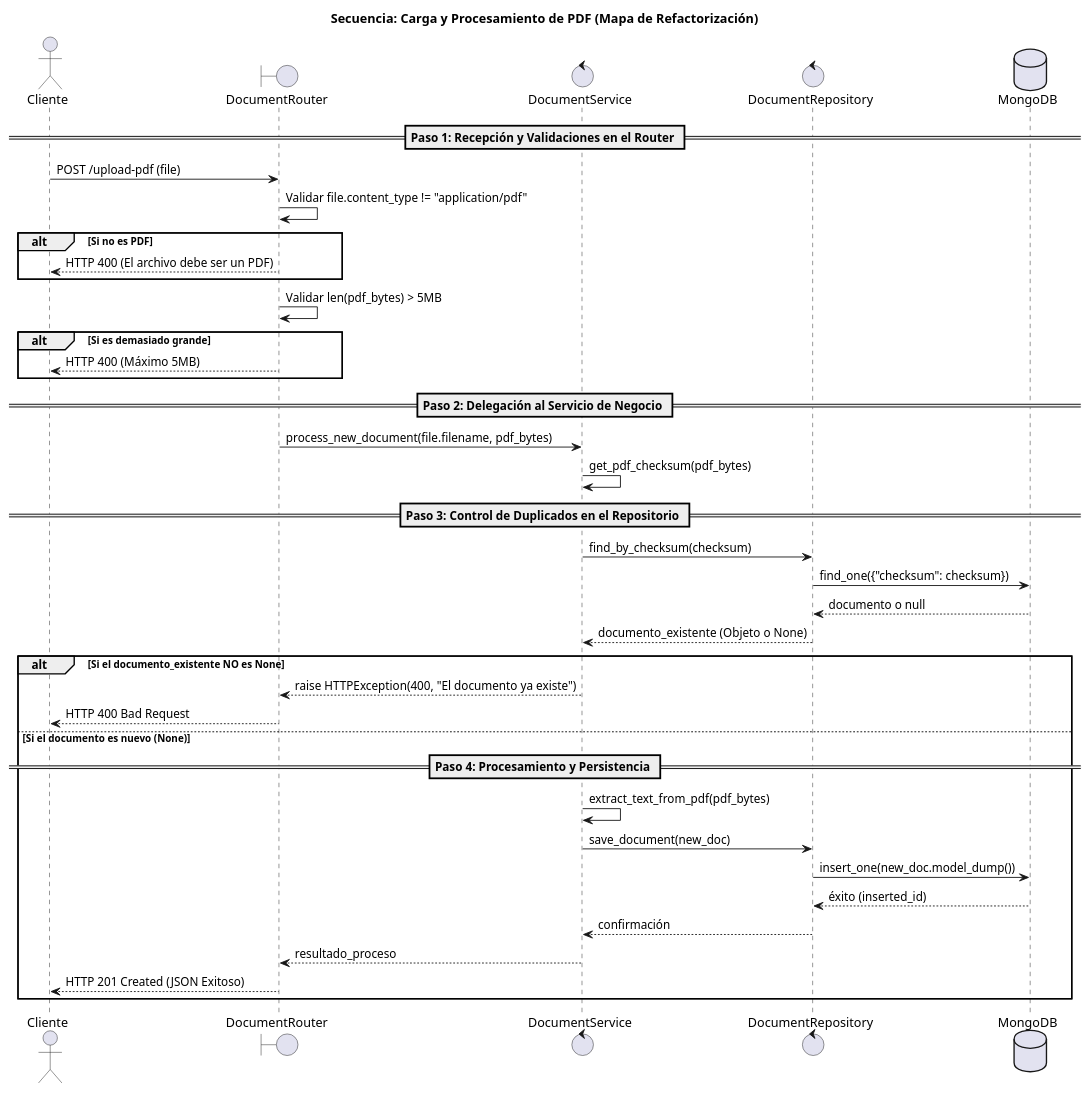
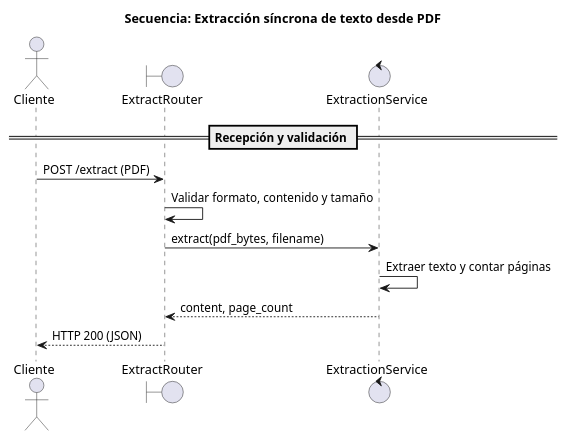
Before and after one commit to MauriValdes/pdfextractext: the diagram in docs/procesamiento_pdf.puml, drawn with PlantUML. The commit also changed 8 other files, not shown here.

```diff
--- a/docs/procesamiento_pdf.puml
+++ b/docs/procesamiento_pdf.puml
@@ -1,46 +1,15 @@
 @startuml
-title Secuencia: Carga y Procesamiento de PDF (Mapa de Refactorización)
+title Secuencia: Extracción síncrona de texto desde PDF
 
 actor Cliente
-boundary DocumentRouter as Router
-control DocumentService as Service
-control DocumentRepository as Repo
-database MongoDB as DB
+boundary ExtractRouter as Router
+control ExtractionService as Service
 
-== Paso 1: Recepción y Validaciones en el Router ==
-Cliente -> Router: POST /upload-pdf (file)
-Router -> Router: Validar file.content_type != "application/pdf"
-alt Si no es PDF
-    Router --> Cliente: HTTP 400 (El archivo debe ser un PDF)
-end
-
-Router -> Router: Validar len(pdf_bytes) > 5MB
-alt Si es demasiado grande
-    Router --> Cliente: HTTP 400 (Máximo 5MB)
-end
-
-== Paso 2: Delegación al Servicio de Negocio ==
-Router -> Service: process_new_document(file.filename, pdf_bytes)
-
-Service -> Service: get_pdf_checksum(pdf_bytes)
-
-== Paso 3: Control de Duplicados en el Repositorio ==
-Service -> Repo: find_by_checksum(checksum)
-Repo -> DB: find_one({"checksum": checksum})
-DB --> Repo: documento o null
-Repo --> Service: documento_existente (Objeto o None)
-
-alt Si el documento_existente NO es None
-    Service --> Router: raise HTTPException(400, "El documento ya existe")
-    Router --> Cliente: HTTP 400 Bad Request
-else Si el documento es nuevo (None)
-    == Paso 4: Procesamiento y Persistencia ==
-    Service -> Service: extract_text_from_pdf(pdf_bytes)
-    Service -> Repo: save_document(new_doc)
-    Repo -> DB: insert_one(new_doc.model_dump())
-    DB --> Repo: éxito (inserted_id)
-    Repo --> Service: confirmación
-    Service --> Router: resultado_proceso
-    Router --> Cliente: HTTP 201 Created (JSON Exitoso)
-end
+== Recepción y validación ==
+Cliente -> Router: POST /extract (PDF)
+Router -> Router: Validar formato, contenido y tamaño
+Router -> Service: extract(pdf_bytes, filename)
+Service -> Service: Extraer texto y contar páginas
+Service --> Router: content, page_count
+Router --> Cliente: HTTP 200 (JSON)
 @enduml
```
